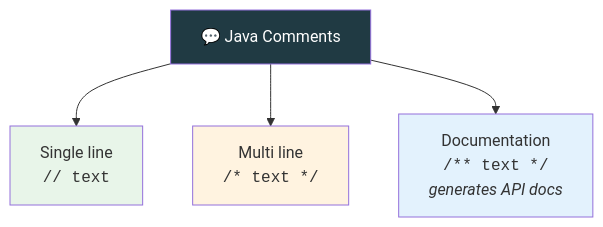
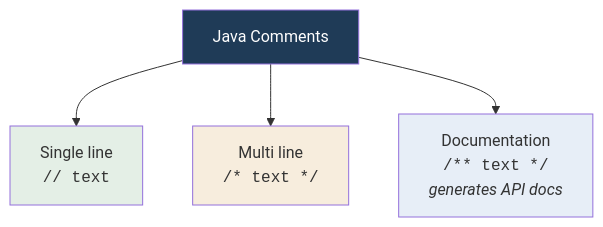
Before and after one commit to kundankumarsharma56/Leaning-Java: the diagram in src/Theory/02-Data-Types-and-Variables/06-Java-Comments.md, drawn with Mermaid. The commit also changed other lines of this file and 84 other files, not shown here.

````diff
--- a/src/Theory/02-Data-Types-and-Variables/06-Java-Comments.md
+++ b/src/Theory/02-Data-Types-and-Variables/06-Java-Comments.md
@@ -21,10 +21,10 @@
 ```mermaid
 flowchart TD
-    C["💬 Java Comments"] --> S["Single line<br/><code>// text</code>"]
+    C["Java Comments"] --> S["Single line<br/><code>// text</code>"]
     C --> M["Multi line<br/><code>/* text */</code>"]
     C --> D["Documentation<br/><code>/** text */</code><br/><i>generates API docs</i>"]
-    style C fill:#203a43,color:#fff
-    style S fill:#e8f5e9
-    style M fill:#fff3e0
-    style D fill:#e3f2fd
+    style C fill:#1f3b57,color:#fff
+    style S fill:#e4efe6
+    style M fill:#f7eddd
+    style D fill:#e7eef7
 ```
````
